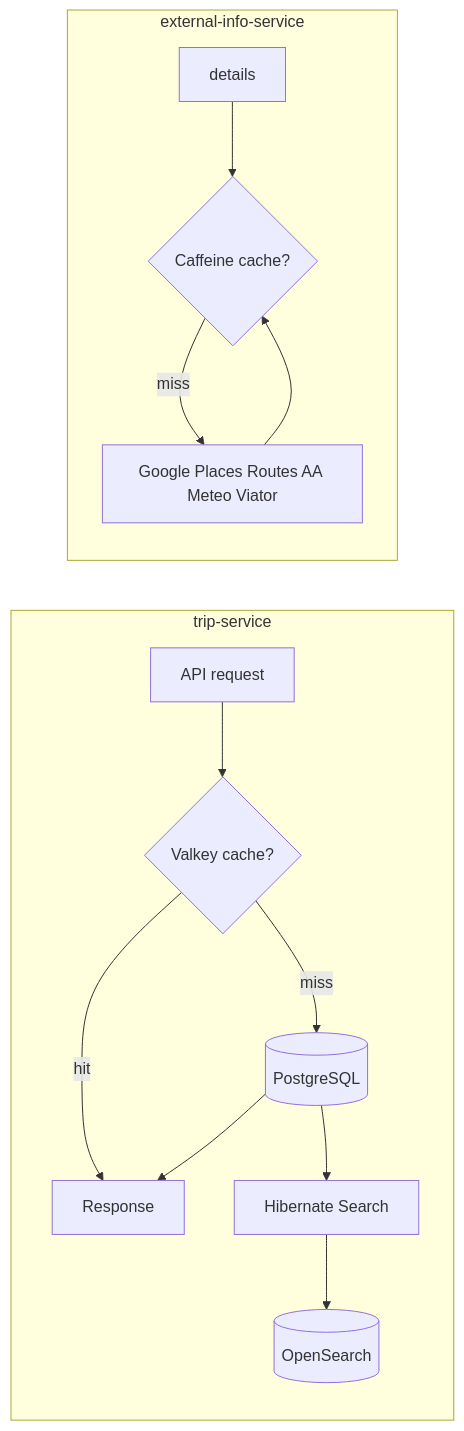
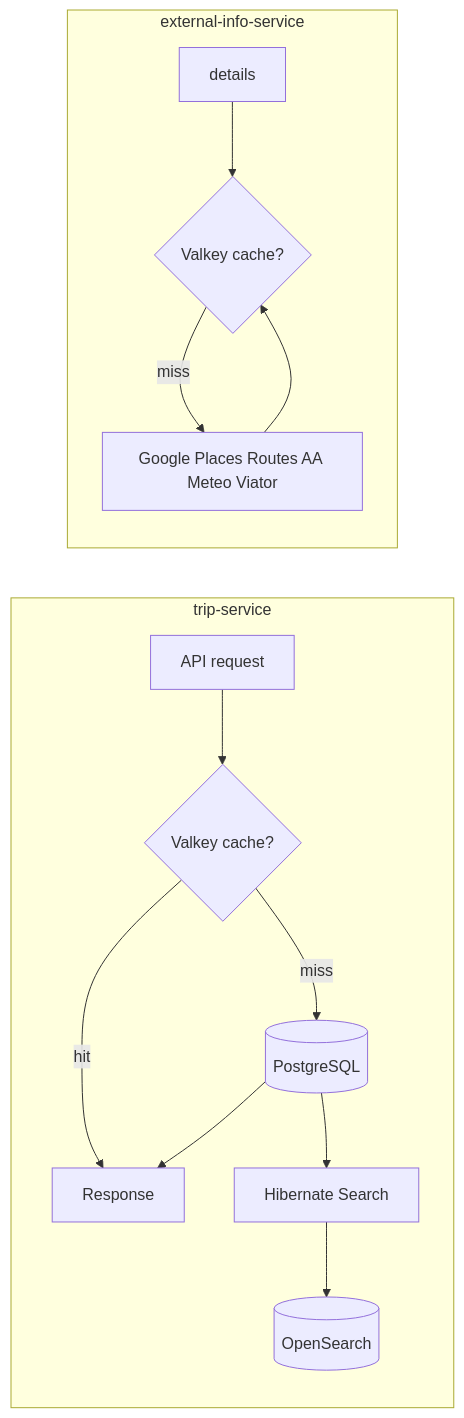
Before and after one commit to tbd-htwg/backend: the fourth of 4 diagrams in docs/gettingstarted/STATE.md, drawn with Mermaid. The commit also changed other lines of this file and 3 other files, not shown here.

````diff
--- a/docs/gettingstarted/STATE.md
+++ b/docs/gettingstarted/STATE.md
@@ -269,17 +269,17 @@
 ```mermaid
 flowchart LR
   subgraph TripFlow["trip-service"]
     Req[API request] --> Cache{Valkey cache?}
     Cache -->|hit| Resp[Response]
     Cache -->|miss| PG[(PostgreSQL)]
     PG --> Index[Hibernate Search]
     Index --> OS[(OpenSearch)]
     PG --> Resp
   end
 
   subgraph ExtFlow["external-info-service"]
-    Req2[details] --> CCache{Caffeine cache?}
-    CCache -->|miss| APIs[Google Places Routes AA Meteo Viator]
-    APIs --> CCache
+    Req2[details] --> VCache{Valkey cache?}
+    VCache -->|miss| APIs[Google Places Routes AA Meteo Viator]
+    APIs --> VCache
   end
 ```
````
